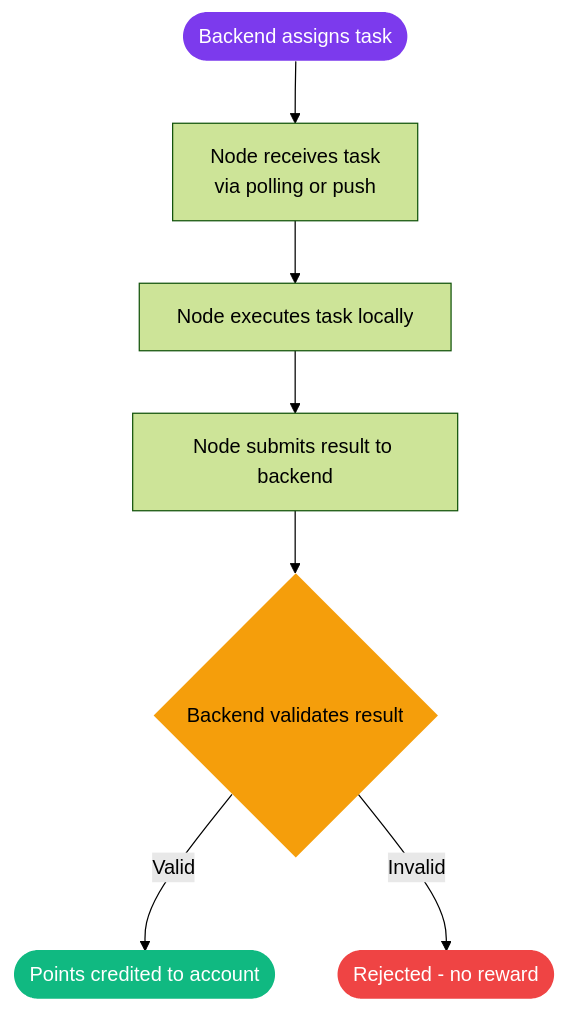
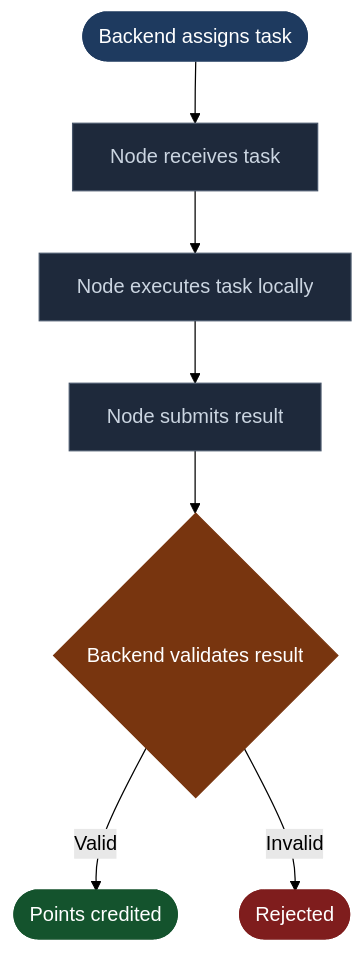
One commit to Nexora-Node/Docs changed the second of 4 diagrams in node-behavior.md. Above: the diagram before and after it, drawn with Mermaid (forest theme). The commit also changed other lines of this file and 5 other files, not shown here.

Commit message:
docs: fix diagram bugs, unify color palette, remove bidirectional arrows

````diff
--- a/node-behavior.md
+++ b/node-behavior.md
@@ -37,14 +37,17 @@
 ```mermaid
 flowchart TD
-    A([Backend assigns task]) --> B[Node receives task\nvia polling or push]
+    A([Backend assigns task]) --> B[Node receives task]
     B --> C[Node executes task locally]
-    C --> D[Node submits result to backend]
+    C --> D[Node submits result]
     D --> E{Backend validates result}
-    E -->|Valid| F([Points credited to account])
-    E -->|Invalid| G([Rejected - no reward])
+    E -->|Valid| F([Points credited])
+    E -->|Invalid| G([Rejected])
 
-    style A fill:#7c3aed,color:#fff,stroke:none
-    style F fill:#10b981,color:#fff,stroke:none
-    style G fill:#ef4444,color:#fff,stroke:none
-    style E fill:#f59e0b,color:#000,stroke:none
+    style A fill:#1e3a5f,stroke:#1e3a5f,color:#fff
+    style B fill:#1e293b,stroke:#475569,color:#cbd5e1
+    style C fill:#1e293b,stroke:#475569,color:#cbd5e1
+    style D fill:#1e293b,stroke:#475569,color:#cbd5e1
+    style E fill:#78350f,stroke:#78350f,color:#fff
+    style F fill:#14532d,stroke:#14532d,color:#fff
+    style G fill:#7f1d1d,stroke:#7f1d1d,color:#fff
 ```
````
